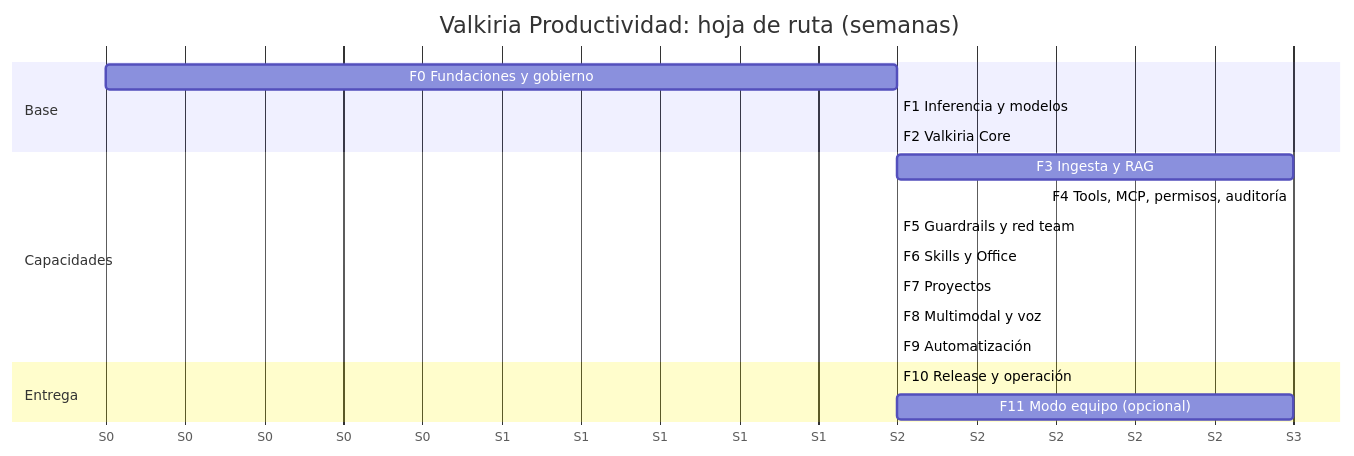
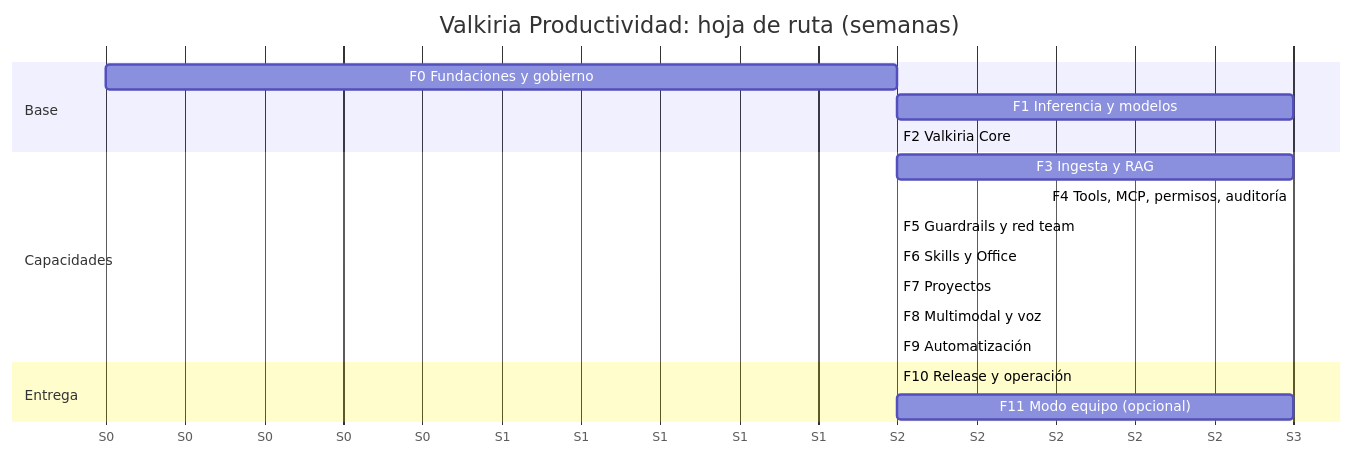
The diagram in docs/06-plan-desarrollo-incremental.md (ABRAHAMCIMAT/Valkiria-Productividad), drawn with Mermaid before and after one commit. The commit also changed other lines of this file and 6 other files, not shown here.

````diff
--- a/docs/06-plan-desarrollo-incremental.md
+++ b/docs/06-plan-desarrollo-incremental.md
@@ -14,21 +14,21 @@
 ```mermaid
 gantt
     title Valkiria Productividad: hoja de ruta (semanas)
     dateFormat  X
     axisFormat  S%s
     section Base
     F0 Fundaciones y gobierno        :f0, 0, 2
-    F1 Inferencia y modelos          :f1, after f0, 2
+    F1 Inferencia y modelos          :f1, after f0, 3
     F2 Valkiria Core                 :f2, after f1, 2
     section Capacidades
     F3 Ingesta y RAG                 :f3, after f2, 3
     F4 Tools, MCP, permisos, auditoría :f4, after f3, 3
     F5 Guardrails y red team         :f5, after f4, 2
     F6 Skills y Office               :f6, after f5, 2
     F7 Proyectos                     :f7, after f6, 1.5
     F8 Multimodal y voz              :f8, after f7, 2
     F9 Automatización                :f9, after f8, 1.5
     section Entrega
     F10 Release y operación          :f10, after f9, 2
     F11 Modo equipo (opcional)       :f11, after f10, 3
 ```
````
